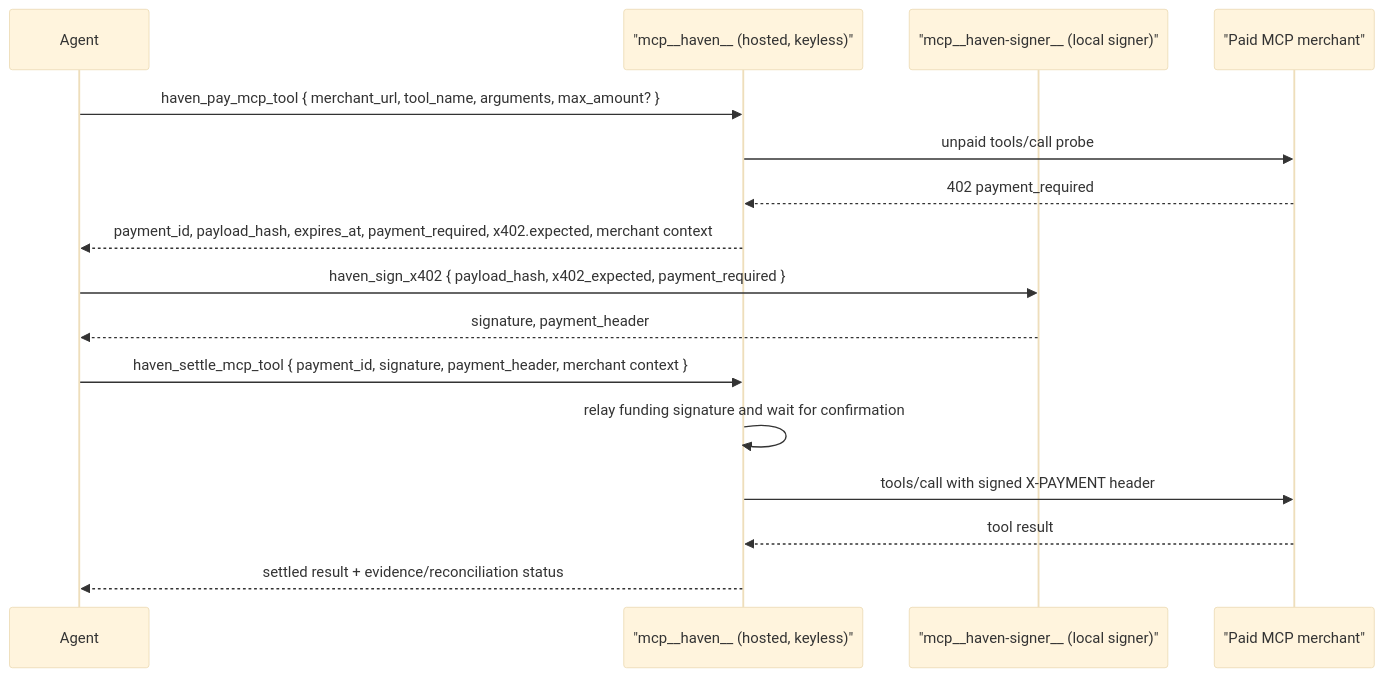
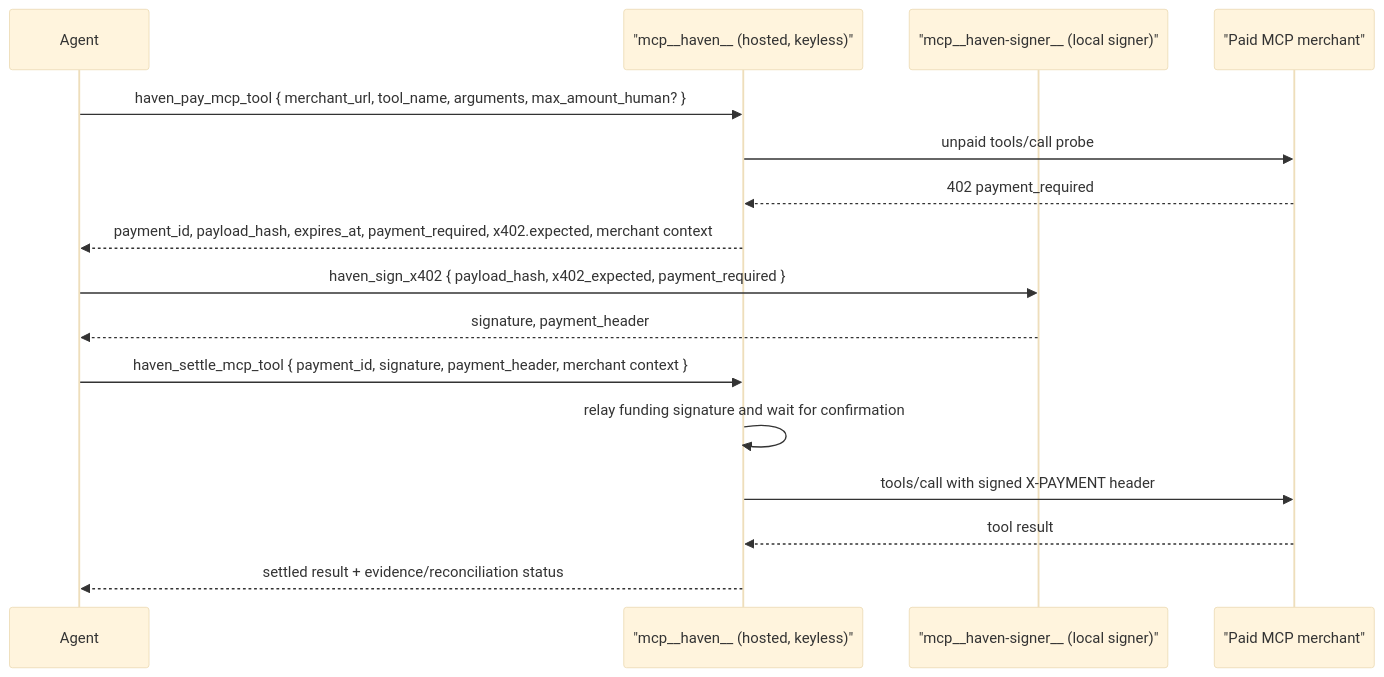
Before and after one commit to d-hinders/Haven-AI: the diagram in packages/mcp-server/README.md, drawn with Mermaid (base theme). The commit also changed 17 other files, not shown here.

````diff
--- a/packages/mcp-server/README.md
+++ b/packages/mcp-server/README.md
@@ -73,19 +73,19 @@
 ```mermaid
 sequenceDiagram
     participant Agent
     participant Hosted as "mcp__haven__ (hosted, keyless)"
     participant Signer as "mcp__haven-signer__ (local signer)"
     participant Merchant as "Paid MCP merchant"
 
-    Agent->>Hosted: haven_pay_mcp_tool { merchant_url, tool_name, arguments, max_amount? }
+    Agent->>Hosted: haven_pay_mcp_tool { merchant_url, tool_name, arguments, max_amount_human? }
     Hosted->>Merchant: unpaid tools/call probe
     Merchant-->>Hosted: 402 payment_required
     Hosted-->>Agent: payment_id, payload_hash, expires_at, payment_required, x402.expected, merchant context
     Agent->>Signer: haven_sign_x402 { payload_hash, x402_expected, payment_required }
     Signer-->>Agent: signature, payment_header
     Agent->>Hosted: haven_settle_mcp_tool { payment_id, signature, payment_header, merchant context }
     Hosted->>Hosted: relay funding signature and wait for confirmation
     Hosted->>Merchant: tools/call with signed X-PAYMENT header
     Merchant-->>Hosted: tool result
     Hosted-->>Agent: settled result + evidence/reconciliation status
 ```
````
